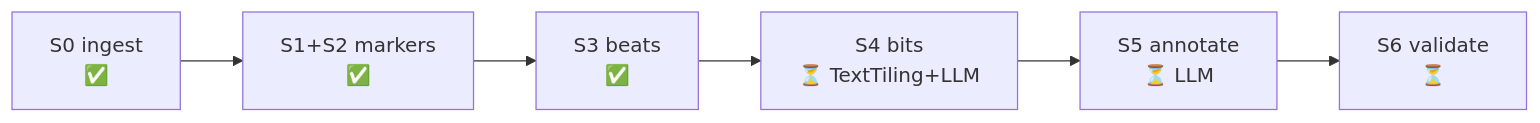
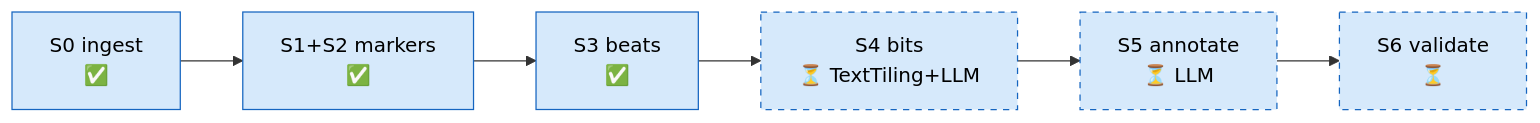
Before and after one commit to Panreta/humor-me: the diagram in pipeline/README.md, drawn with Mermaid. The commit also changed 4 other files, not shown here.

First line of the commit message:
Colour every diagram by component type, not just the study guide's

````diff
--- a/pipeline/README.md
+++ b/pipeline/README.md
@@ -12,5 +12,10 @@
 ```mermaid
 %%{init: {"theme": "default"}}%%
 flowchart LR
     A["S0 ingest<br/>✅"] --> B["S1+S2 markers<br/>✅"] --> C["S3 beats<br/>✅"] --> D["S4 bits<br/>⏳ TextTiling+LLM"] --> E["S5 annotate<br/>⏳ LLM"] --> F["S6 validate<br/>⏳"]
+
+    classDef infra fill:#d6e9fb,stroke:#1565c0,color:#000
+    classDef infraTodo fill:#d6e9fb,stroke:#1565c0,stroke-dasharray:5 5,color:#000
+    class A,B,C infra
+    class D,E,F infraTodo
 ```
````
